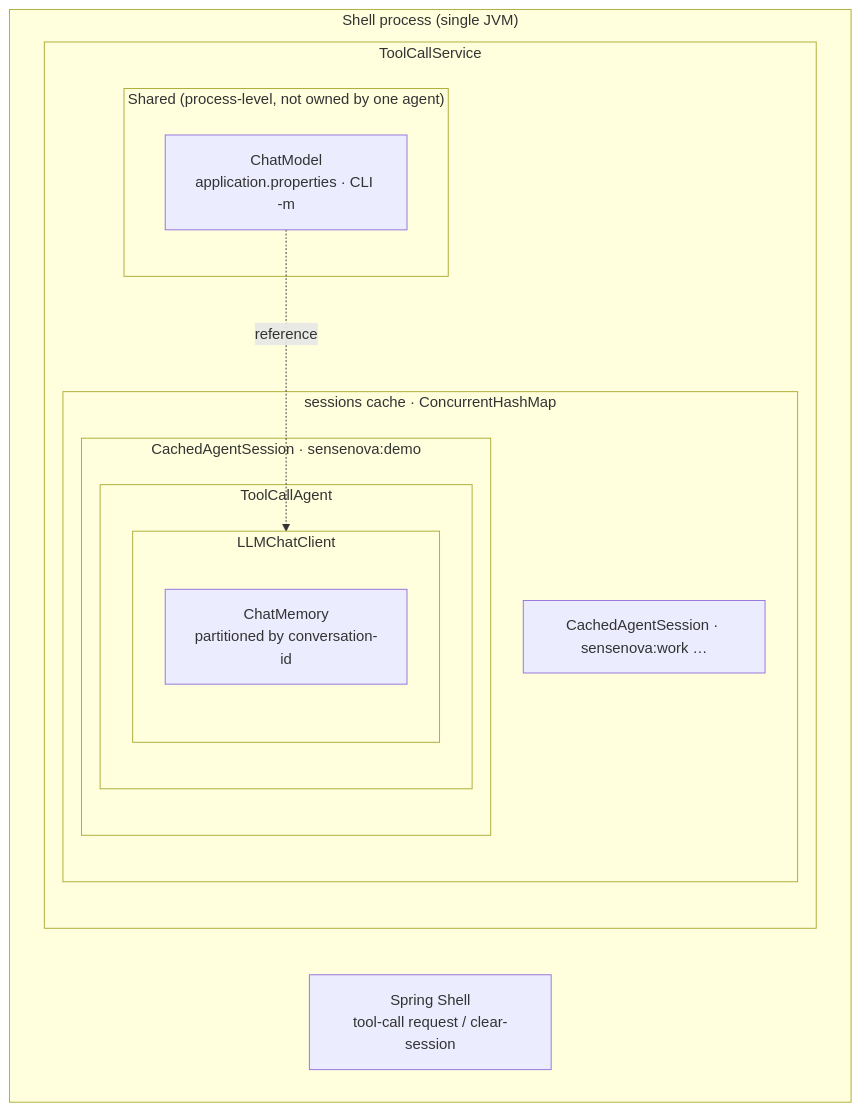
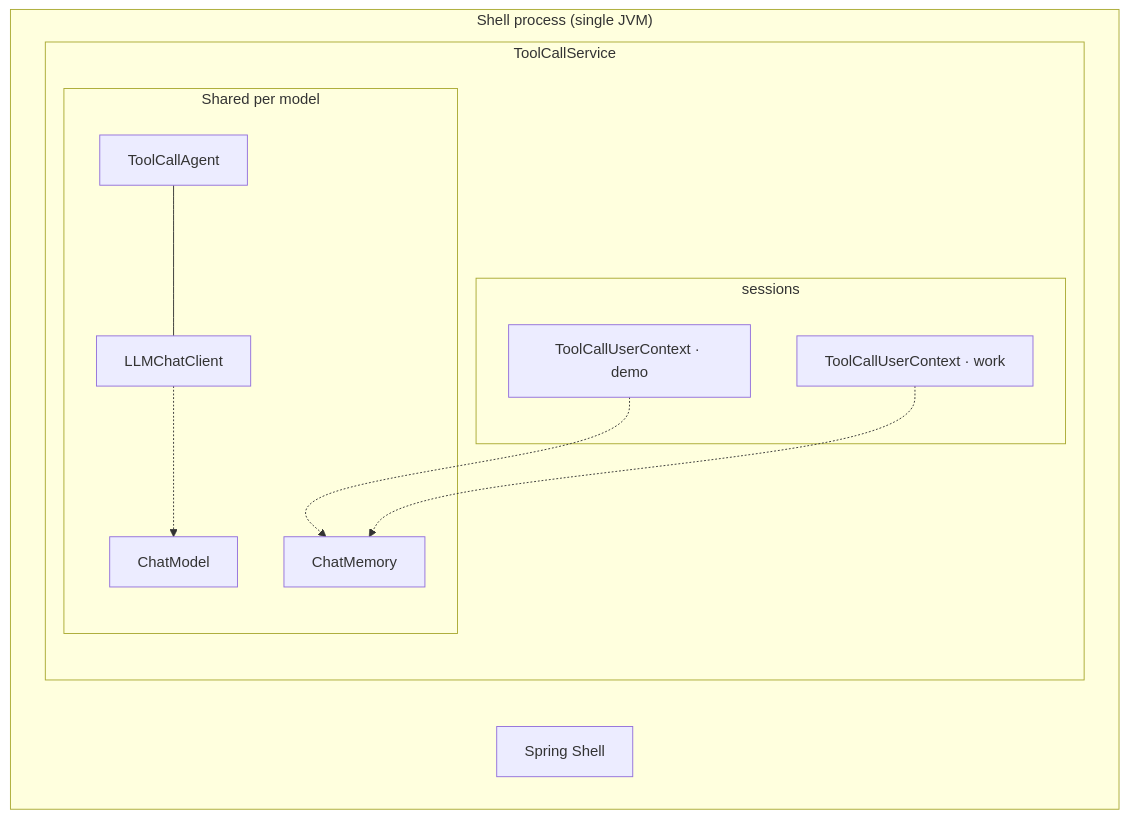
The second of 6 diagrams in shell/docs/SHELL.en.md (jixie-wish/Janus), drawn with Mermaid before and after one commit. The commit also changed other lines of this file and 24 other files, not shown here.

Commit message:
introduce user context

````diff
--- a/shell/docs/SHELL.en.md
+++ b/shell/docs/SHELL.en.md
@@ -15,22 +88,21 @@
 ```mermaid
 graph TB
     subgraph SHELL["Shell process (single JVM)"]
-        CLI["Spring Shell<br/>tool-call request / clear-session"]
+        CLI["Spring Shell"]
         subgraph SVC["ToolCallService"]
-            subgraph SHARED["Shared (process-level, not owned by one agent)"]
-                CM["ChatModel<br/>application.properties · CLI -m"]
+            subgraph SHARED["Shared per model"]
+                CM["ChatModel"]
+                MEM["ChatMemory"]
+                AG["ToolCallAgent"]
+                LC["LLMChatClient"]
             end
-            subgraph CACHE["sessions cache · ConcurrentHashMap"]
-                subgraph SESS1["CachedAgentSession · sensenova:demo"]
-                    subgraph AG1["ToolCallAgent"]
-                        subgraph LC1["LLMChatClient"]
-                            MEM1["ChatMemory<br/>partitioned by conversation-id"]
-                        end
-                    end
-                end
-                SESS2["CachedAgentSession · sensenova:work …"]
+            subgraph CACHE["sessions"]
+                CTX1["ToolCallUserContext · demo"]
+                CTX2["ToolCallUserContext · work"]
             end
         end
     end
-    CM -.->|reference| LC1
+    AG --- LC
+    LC -.-> CM
+    CTX1 & CTX2 -.-> MEM
 ```
````
